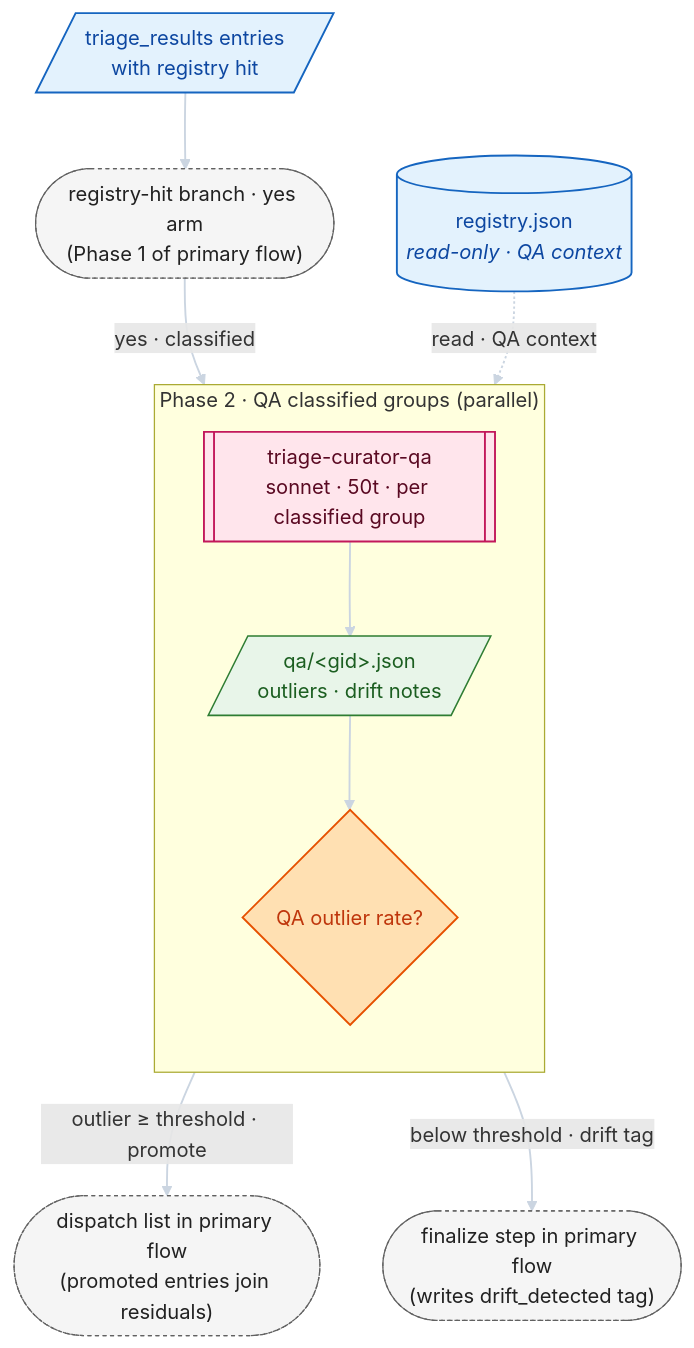
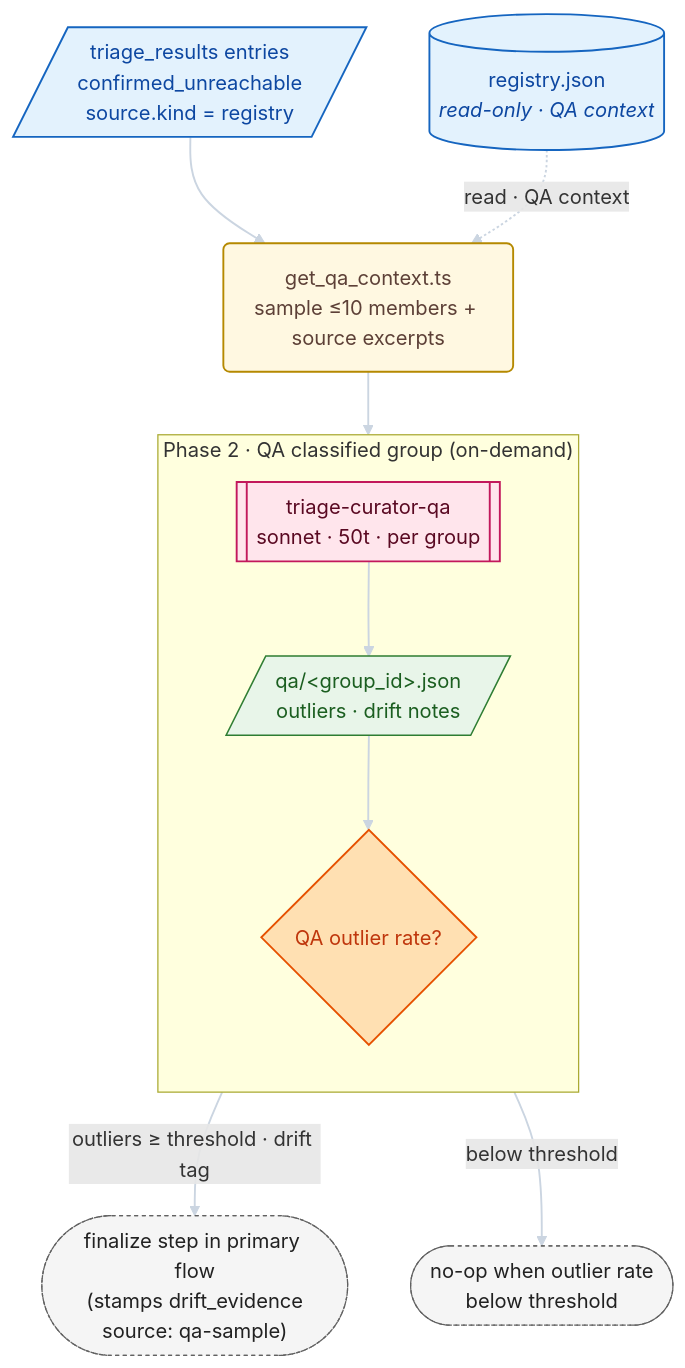
The third of 3 diagrams in .claude/skills/triage-curator/README.md (CRJFisher/ariadne), drawn with Mermaid before and after one commit. The commit also changed other lines of this file and 4 other files, not shown here.

First line of the commit message:
docs(190.19.10): align curator + triage-entrypoints READMEs and lifecycle doc with v4 architecture

````diff
--- a/.claude/skills/triage-curator/README.md
+++ b/.claude/skills/triage-curator/README.md
@@ -141,33 +203,33 @@
 ```mermaid
 flowchart TD
   classDef ext        fill:#e3f2fd,stroke:#1565c0,stroke-width:1.5px,color:#0d47a1
   classDef artifact   fill:#e8f5e9,stroke:#2e7d32,stroke-width:1.2px,color:#1b5e20
   classDef agent      fill:#ffe5ec,stroke:#c2185b,stroke-width:1.5px,color:#5a0922
   classDef inter      fill:#f5f5f5,stroke:#616161,stroke-width:1px,color:#212121,stroke-dasharray:3 3
   classDef branch     fill:#ffe0b2,stroke:#e65100,stroke-width:1.5px,color:#bf360c
+  classDef step       fill:#fff8e1,stroke:#b58900,stroke-width:1.5px,color:#5d4037
 
-  TR_M[/"triage_results entries<br/>with registry hit"/]:::ext
+  TR_M[/"triage_results entries<br/>confirmed_unreachable<br/>source.kind = registry"/]:::ext
   REG_R_M[("registry.json<br/><i>read-only · QA context</i>")]:::ext
+  CTX("get_qa_context.ts<br/>sample ≤10 members + source excerpts"):::step
 
-  BR1_yes(["registry-hit branch · yes arm<br/>(Phase 1 of primary flow)"]):::inter
-
-  subgraph P2["Phase 2 · QA classified groups (parallel)"]
+  subgraph P2["Phase 2 · QA classified group (on-demand)"]
     direction TB
-    AG_QA[["triage-curator-qa<br/>sonnet · 50t · per classified group"]]:::agent
-    QA_OUT[/"qa/&lt;gid&gt;.json<br/>outliers · drift notes"/]:::artifact
+    AG_QA[["triage-curator-qa<br/>sonnet · 50t · per group"]]:::agent
+    QA_OUT[/"qa/&lt;group_id&gt;.json<br/>outliers · drift notes"/]:::artifact
     BR2{QA outlier rate?}:::branch
   end
 
-  DLIST_P(["dispatch list in primary flow<br/>(promoted entries join residuals)"]):::inter
-  FIN_P(["finalize step in primary flow<br/>(writes drift_detected tag)"]):::inter
+  FIN_P(["finalize step in primary flow<br/>(stamps drift_evidence<br/>source: qa-sample)"]):::inter
+  NONE(["no-op when outlier rate<br/>below threshold"]):::inter
 
-  TR_M --> BR1_yes
-  BR1_yes -- "yes · classified" --> AG_QA
-  REG_R_M -. read · QA context .-> AG_QA
+  TR_M --> CTX
+  REG_R_M -. read · QA context .-> CTX
+  CTX --> AG_QA
   AG_QA --> QA_OUT
   QA_OUT --> BR2
-  BR2 -- "outlier ≥ threshold · promote" --> DLIST_P
-  BR2 -- "below threshold · drift tag" --> FIN_P
+  BR2 -- "outliers ≥ threshold · drift tag" --> FIN_P
+  BR2 -- "below threshold" --> NONE
 
   linkStyle default stroke:#cbd5e1,stroke-width:1.5px
 ```
````
